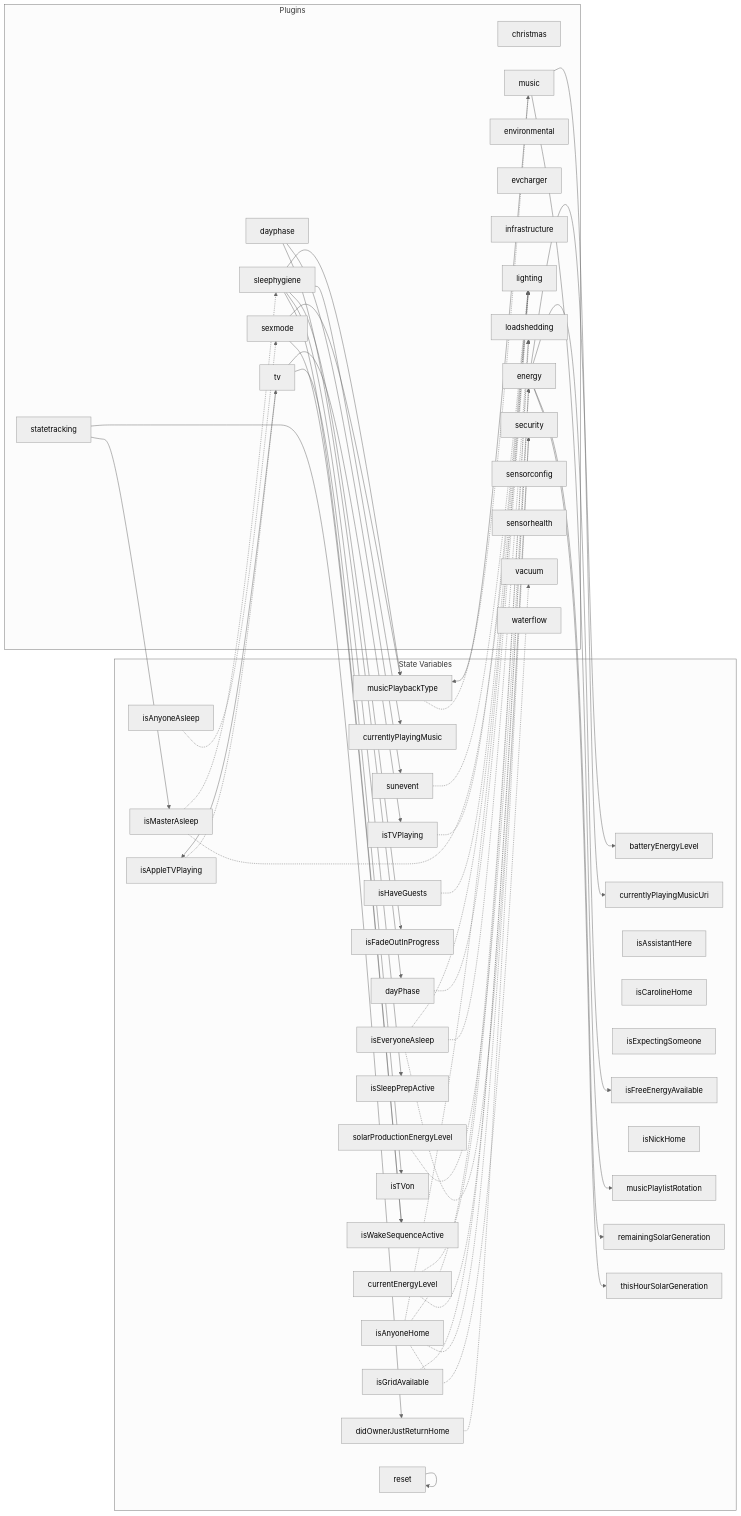
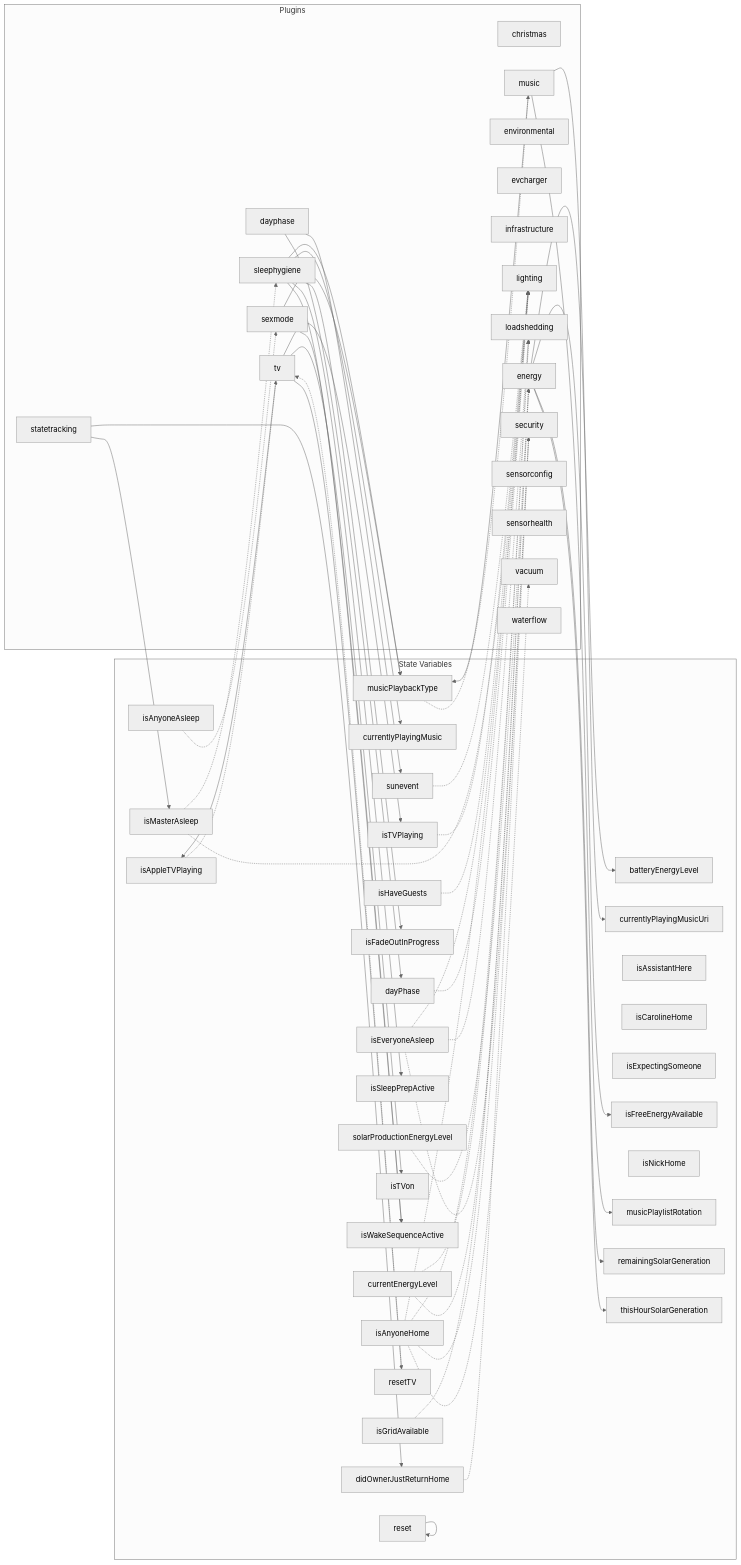
One commit to NickBorgers/home-automation changed the diagram in docs/generated/plugin-dependencies.md. Above: the diagram before and after it, drawn with Mermaid (neutral theme). The commit also changed 1 other file, not shown here.

Commit message:
chore(diagrams): regenerate after adding resetTV state variable

````diff
--- a/docs/generated/plugin-dependencies.md
+++ b/docs/generated/plugin-dependencies.md
@@ -32,6 +32,7 @@
         musicPlaylistRotation["musicPlaylistRotation"]
         remainingSolarGeneration["remainingSolarGeneration"]
         reset["reset"]
+        resetTV["resetTV"]
         solarProductionEnergyLevel["solarProductionEnergyLevel"]
         sunevent["sunevent"]
         thisHourSolarGeneration["thisHourSolarGeneration"]
@@ -81,6 +82,7 @@
     isAnyoneAsleep -.-> sexmode
     isMasterAsleep -.-> sleephygiene
     isAppleTVPlaying -.-> tv
+    resetTV -.-> tv
     isAnyoneHome -.-> vacuum
 
     %% Writes (plugin sets variable)
@@ -106,4 +108,5 @@
     tv --> isAppleTVPlaying
     tv --> isTVPlaying
     tv --> isTVon
+    tv --> resetTV
 ```
````
